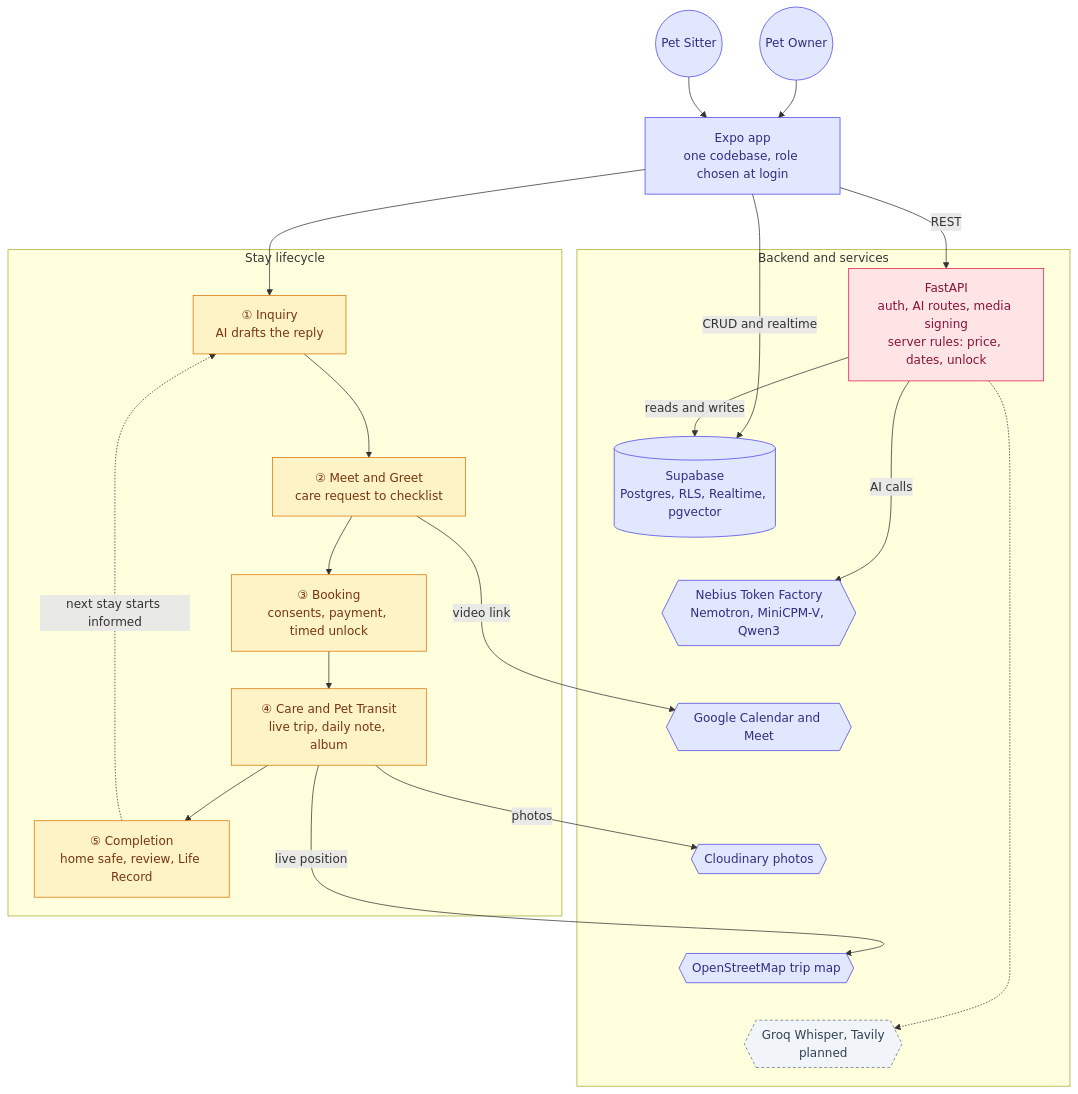
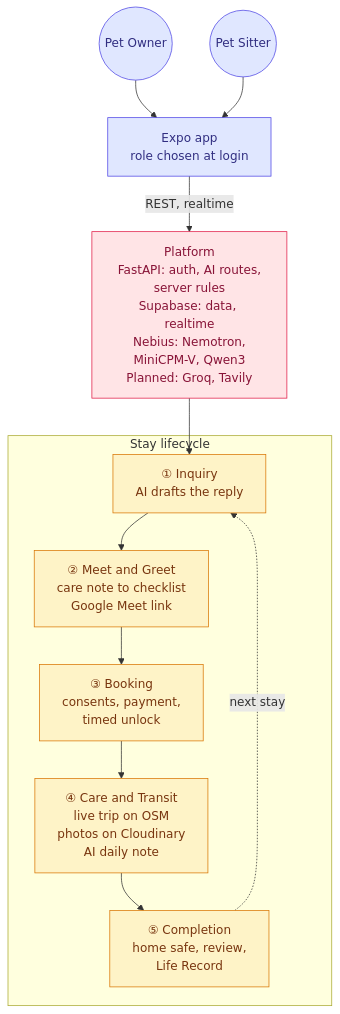
One commit to minsikpaul92/Goldito changed the first of 2 diagrams in README.md. Above: the diagram before and after it, drawn with Mermaid. The commit also changed other lines of this file, not shown here.

Commit message:
docs: simplify the README diagrams so text and arrows fit on GitHub

````diff
--- a/README.md
+++ b/README.md
@@ -294,58 +294,30 @@
 ```mermaid
 flowchart TD
 
 owner(("Pet Owner"))
 sitter(("Pet Sitter"))
-app["Expo app<br/>one codebase, role chosen at login"]
+app["Expo app<br/>role chosen at login"]
+platform["Platform<br/>FastAPI: auth, AI routes,<br/>server rules<br/>Supabase: data, realtime<br/>Nebius: Nemotron,<br/>MiniCPM-V, Qwen3<br/>Planned: Groq, Tavily"]
 
 subgraph stay["Stay lifecycle"]
   s1["① Inquiry<br/>AI drafts the reply"]
-  s2["② Meet and Greet<br/>care request to checklist"]
-  s3["③ Booking<br/>consents, payment, timed unlock"]
-  s4["④ Care and Pet Transit<br/>live trip, daily note, album"]
-  s5["⑤ Completion<br/>home safe, review, Life Record"]
-end
-
-subgraph platform["Backend and services"]
-  api["FastAPI<br/>auth, AI routes, media signing<br/>server rules: price, dates, unlock"]
-  db[("Supabase<br/>Postgres, RLS, Realtime, pgvector")]
-  ai{{"Nebius Token Factory<br/>Nemotron, MiniCPM-V, Qwen3"}}
-  meet{{"Google Calendar and Meet"}}
-  media{{"Cloudinary photos"}}
-  osm{{"OpenStreetMap trip map"}}
-  planned{{"Groq Whisper, Tavily<br/>planned"}}
+  s2["② Meet and Greet<br/>care note to checklist<br/>Google Meet link"]
+  s3["③ Booking<br/>consents, payment,<br/>timed unlock"]
+  s4["④ Care and Transit<br/>live trip on OSM<br/>photos on Cloudinary<br/>AI daily note"]
+  s5["⑤ Completion<br/>home safe, review,<br/>Life Record"]
 end
 
 owner --> app
 sitter --> app
-app --> s1
+app -->|"REST, realtime"| platform
+platform --> s1
 s1 --> s2 --> s3 --> s4 --> s5
-s5 -.->|"next stay starts informed"| s1
-
-app -->|"REST"| api
-app -->|"CRUD and realtime"| db
-api -->|"reads and writes"| db
-api -->|"AI calls"| ai
-api -.-> planned
-s2 -->|"video link"| meet
-s4 -->|"photos"| media
-s4 -->|"live position"| osm
-
-api ~~~ db
-db ~~~ ai
-ai ~~~ meet
-meet ~~~ media
-media ~~~ osm
-osm ~~~ planned
+s5 -.->|"next stay"| s1
 
 classDef actor fill:#e0e7ff,stroke:#4f46e5,color:#312e81
 classDef stage fill:#fef3c7,stroke:#d97706,color:#78350f
 classDef back fill:#ffe4e6,stroke:#e11d48,color:#881337
-classDef ext fill:#e0e7ff,stroke:#4f46e5,color:#312e81
-classDef plan fill:#f1f5f9,stroke:#64748b,stroke-dasharray:4 3,color:#334155
 class owner,sitter,app actor
 class s1,s2,s3,s4,s5 stage
-class api back
-class db,ai,meet,media,osm ext
-class planned plan
+class platform back
 ```
````
